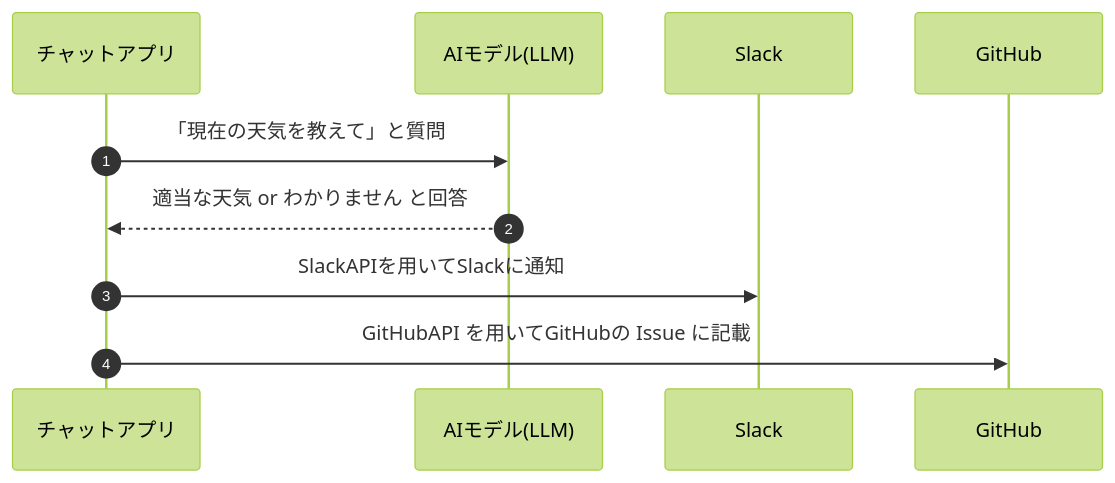
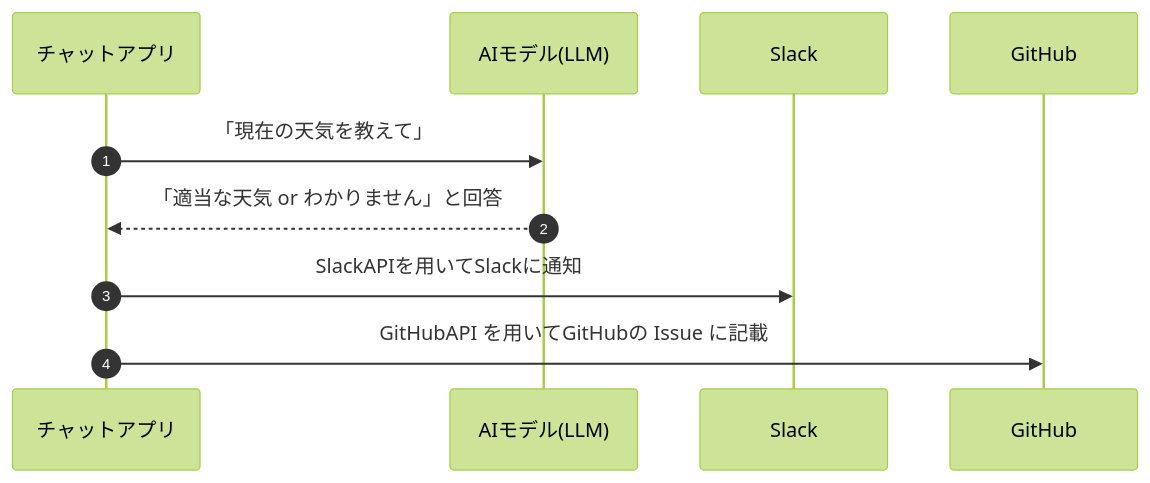
The first of 2 diagrams in articles/mcp_server_summary.md (tsukamoto1783/zenn_content), drawn with Mermaid (forest theme) before and after one commit. The commit also changed other lines of this file, not shown here.

````diff
--- a/articles/mcp_server_summary.md
+++ b/articles/mcp_server_summary.md
@@ -88,13 +88,13 @@
 ```mermaid
 sequenceDiagram
 autonumber
 participant app as チャットアプリ
 participant model as AIモデル(LLM)
 participant slack as Slack
 participant github as GitHub
 
-app ->> model: 「現在の天気を教えて」と質問
-model -->> app: 適当な天気 or わかりません と回答
+app ->> model: 「現在の天気を教えて」
+model -->> app: 「適当な天気 or わかりません」と回答
 app ->> slack: SlackAPIを用いてSlackに通知
 app ->> github: GitHubAPI を用いてGitHubの Issue に記載
 ```
````
